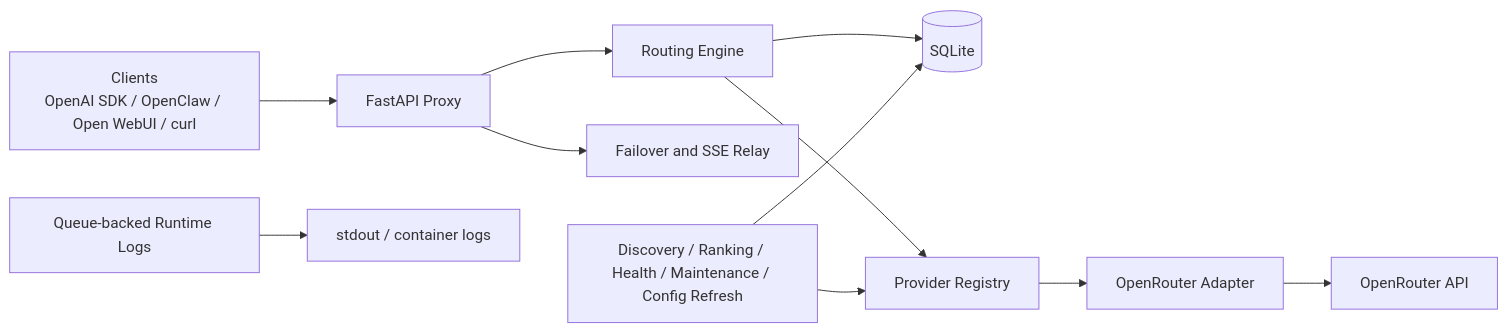
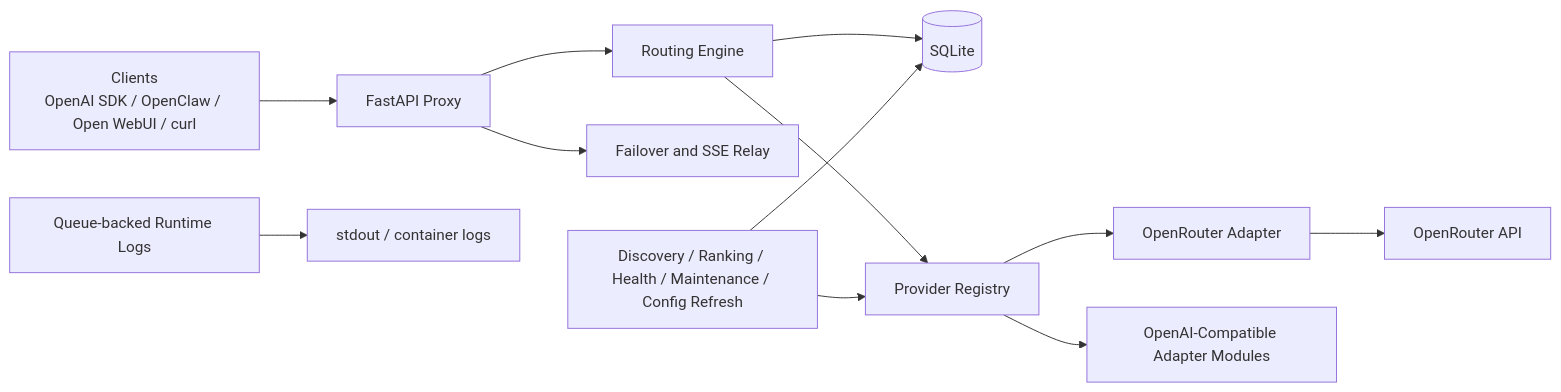
One commit to jetymas/FreeLunch changed the diagram in README.md. Above: the diagram before and after it, drawn with Mermaid. The commit also changed other lines of this file and 43 other files, not shown here.

````diff
--- a/README.md
+++ b/README.md
@@ -77,13 +90,14 @@
 ```mermaid
 flowchart LR
     Clients["Clients<br/>OpenAI SDK / OpenClaw / Open WebUI / curl"] --> Proxy["FastAPI Proxy"]
     Proxy --> Routing["Routing Engine"]
     Routing --> DB[("SQLite")]
     Routing --> Registry["Provider Registry"]
     Registry --> OpenRouter["OpenRouter Adapter"]
+    Registry --> Compat["OpenAI-Compatible Adapter Modules"]
     Proxy --> Relay["Failover and SSE Relay"]
     OpenRouter --> API["OpenRouter API"]
     Jobs["Discovery / Ranking / Health / Maintenance / Config Refresh"] --> DB
     Jobs --> Registry
     RuntimeLogs["Queue-backed Runtime Logs"] --> Ops["stdout / container logs"]
 ```
````
